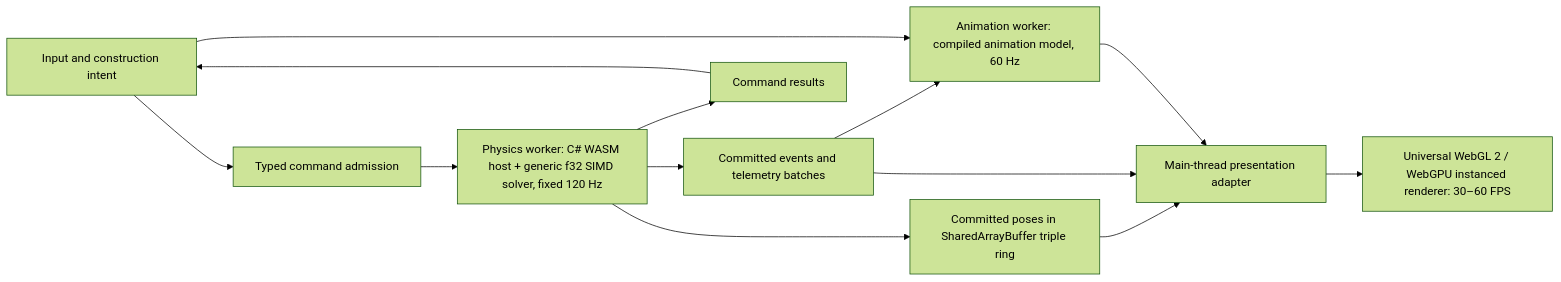
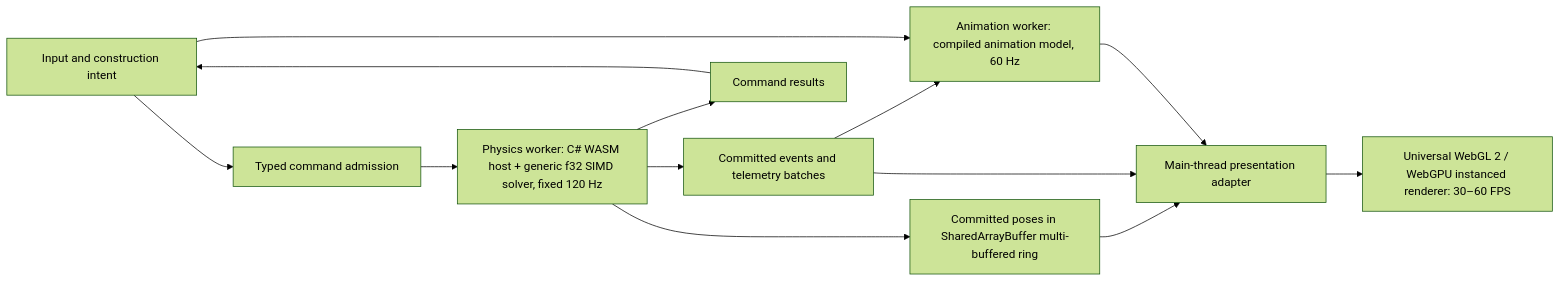
Before and after one commit to aidanmorgan/tim: the diagram in docs/simulation-presentation-bridge.md, drawn with Mermaid (forest theme). The commit also changed other lines of this file and 29 other files, not shown here.

````diff
--- a/docs/simulation-presentation-bridge.md
+++ b/docs/simulation-presentation-bridge.md
@@ -13,15 +13,15 @@
 ```mermaid
 flowchart LR
     I[Input and construction intent] --> C[Typed command admission]
     C --> S["Physics worker: C# WASM host + generic f32 SIMD solver, fixed 120 Hz"]
-    S --> R[Committed poses in SharedArrayBuffer triple ring]
+    S --> R[Committed poses in SharedArrayBuffer multi-buffered ring]
     S --> E[Committed events and telemetry batches]
     S --> A[Command results]
     A --> I
     E --> N["Animation worker: compiled animation model, 60 Hz"]
     R --> P[Main-thread presentation adapter]
     E --> P
     I --> N
     N --> P
     P --> G["Universal WebGL 2 / WebGPU instanced renderer: 30–60 FPS"]
 ```
````
